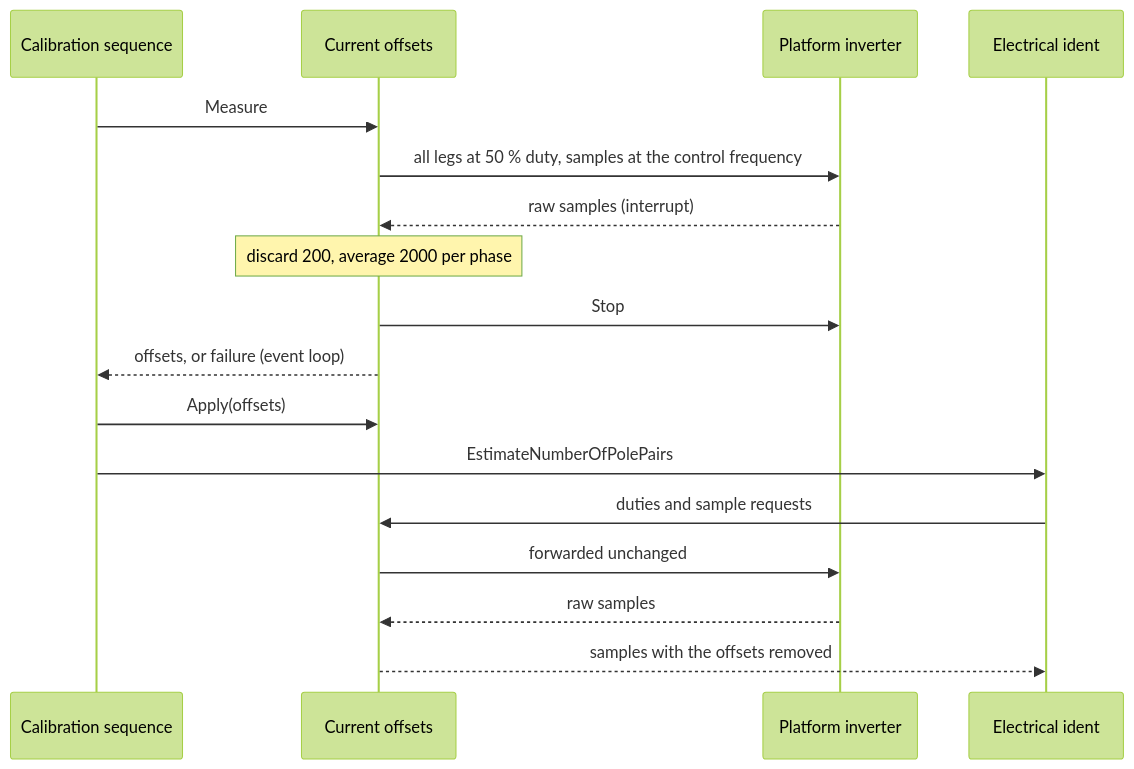
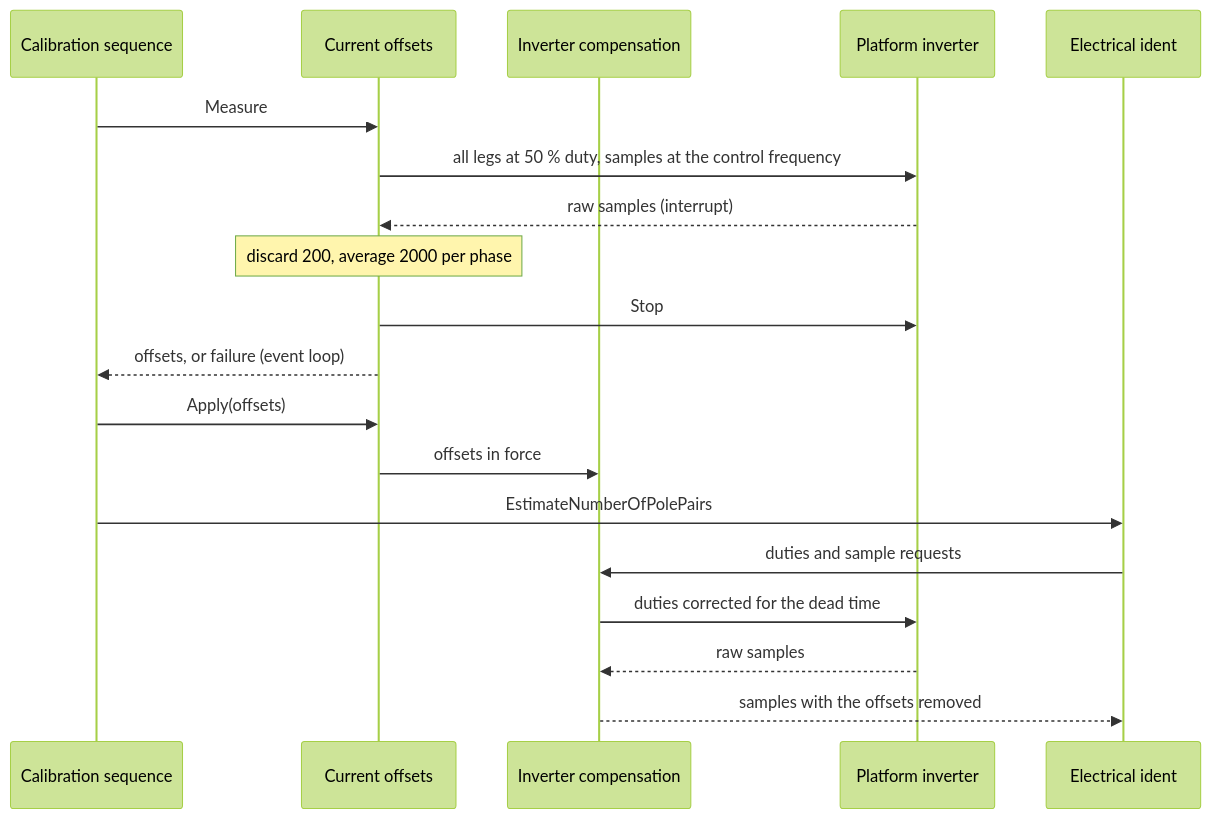
One commit to embedded-pro/e-foc changed the diagram in documentation/design/service-current-offsets.md. Above: the diagram before and after it, drawn with Mermaid (forest theme). The commit also changed other lines of this file and 25 other files, not shown here.

````diff
--- a/documentation/design/service-current-offsets.md
+++ b/documentation/design/service-current-offsets.md
@@ -99,20 +103,22 @@
 ```mermaid
 sequenceDiagram
     participant SM as Calibration sequence
     participant CO as Current offsets
+    participant IC as Inverter compensation
     participant INV as Platform inverter
     participant EI as Electrical ident
 
     SM->>CO: Measure
     CO->>INV: all legs at 50 % duty, samples at the control frequency
     INV-->>CO: raw samples (interrupt)
     note over CO: discard 200, average 2000 per phase
     CO->>INV: Stop
     CO-->>SM: offsets, or failure (event loop)
     SM->>CO: Apply(offsets)
+    CO->>IC: offsets in force
     SM->>EI: EstimateNumberOfPolePairs
-    EI->>CO: duties and sample requests
-    CO->>INV: forwarded unchanged
-    INV-->>CO: raw samples
-    CO-->>EI: samples with the offsets removed
+    EI->>IC: duties and sample requests
+    IC->>INV: duties corrected for the dead time
+    INV-->>IC: raw samples
+    IC-->>EI: samples with the offsets removed
 ```
````
